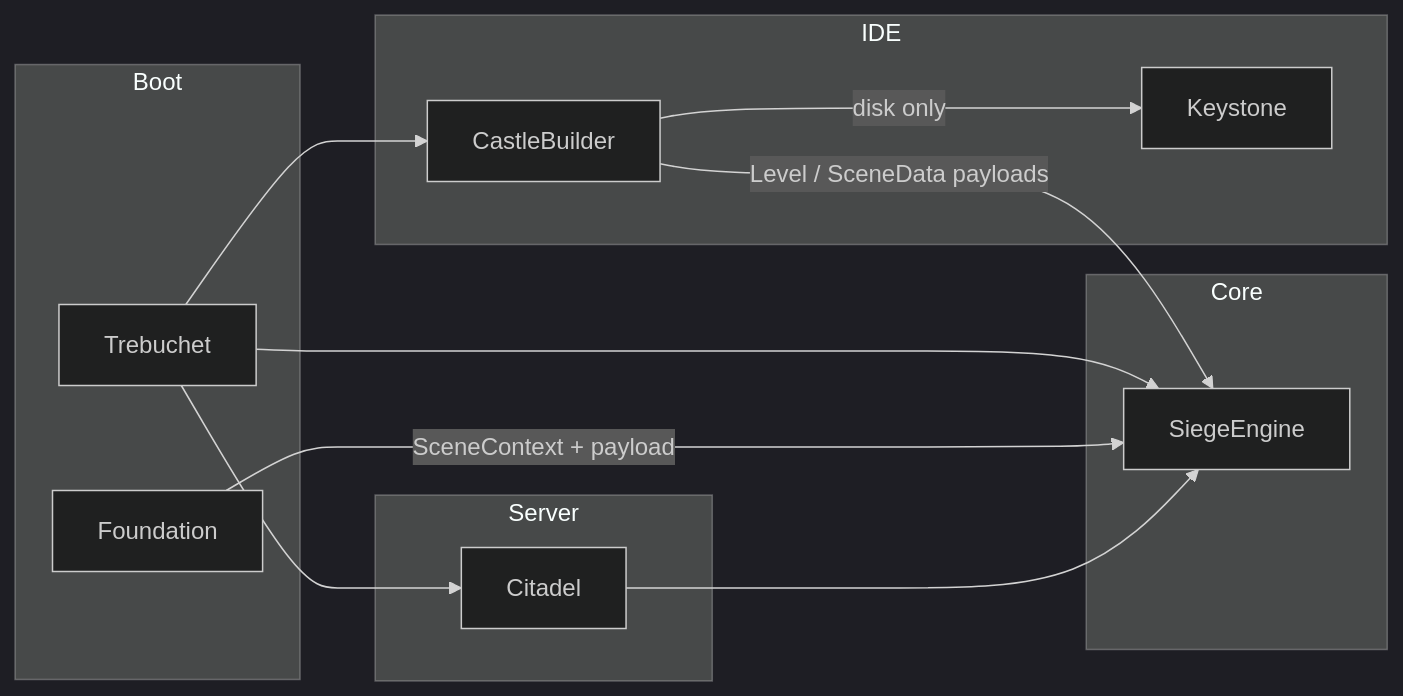
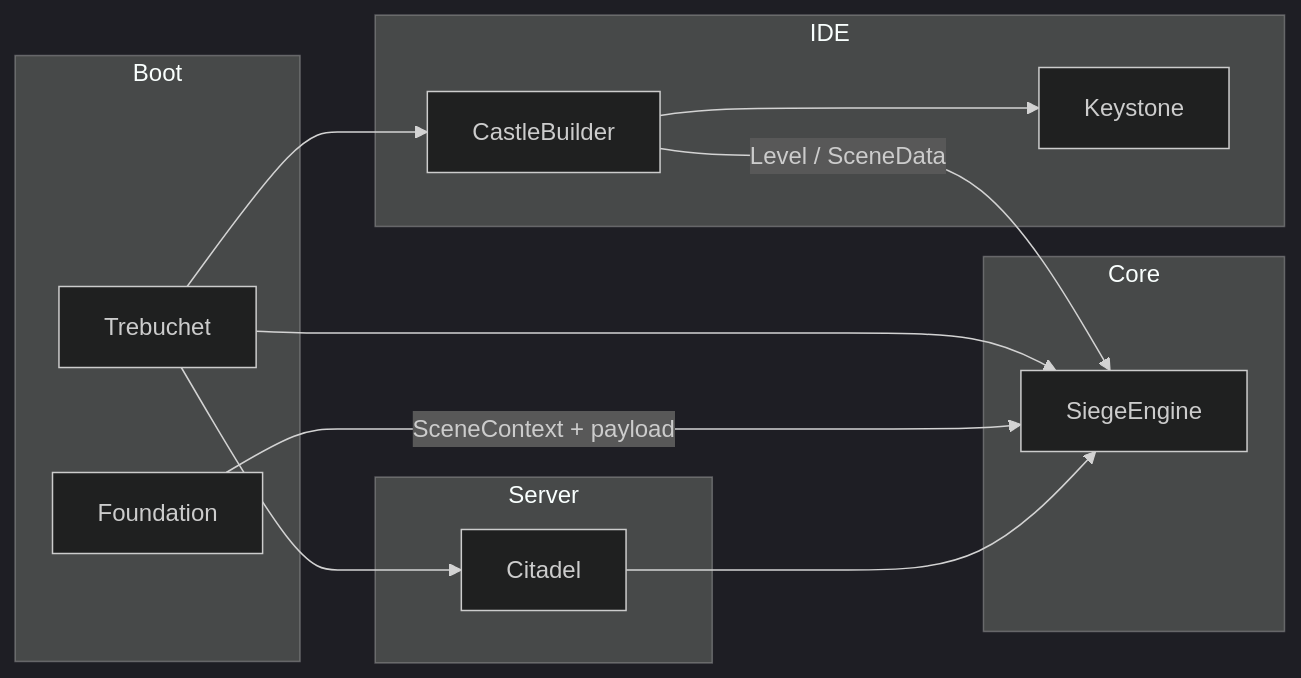
One commit to ireakhavok/Castle changed the fourth of 8 diagrams in docs/ARCHITECTURE.md. Above: the diagram before and after it, drawn with Mermaid. The commit also changed other lines of this file and 6 other files, not shown here.

````diff
--- a/docs/ARCHITECTURE.md
+++ b/docs/ARCHITECTURE.md
@@ -143,25 +146,25 @@
 ```mermaid
 %%{init: {'theme':'dark'}}%%
 flowchart LR
   subgraph Boot
     Trebuchet
     Foundation
   end
-  subgraph IDE_L["IDE"]
+  subgraph IDELayer["IDE"]
     CastleBuilder
     Keystone
   end
-  subgraph Core_L["Core"]
+  subgraph CoreLayer["Core"]
     SiegeEngine
   end
-  subgraph Server_L["Server"]
+  subgraph ServerLayer["Server"]
     Citadel
   end
   Trebuchet --> CastleBuilder
   Trebuchet --> Citadel
   Trebuchet --> SiegeEngine
-  Foundation -->|"SceneContext + payload"| SiegeEngine
-  CastleBuilder -->|"Level / SceneData payloads"| SiegeEngine
-  CastleBuilder -->|"disk only"| Keystone
+  Foundation -->|SceneContext + payload| SiegeEngine
+  CastleBuilder -->|Level / SceneData| SiegeEngine
+  CastleBuilder --> Keystone
   Citadel --> SiegeEngine
 ```
````
